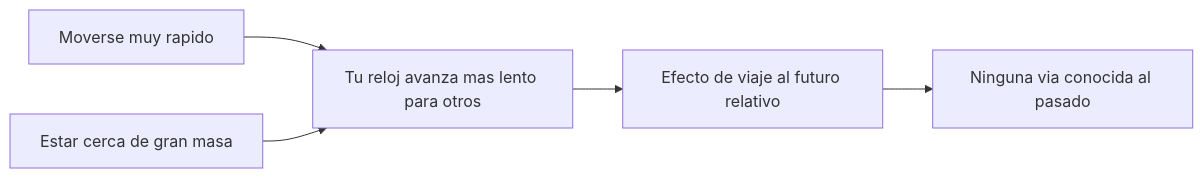
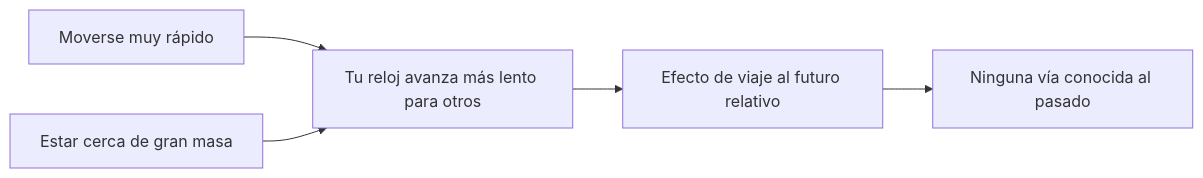
One commit to vladimiracunadev-create/machine-operator-program changed the third of 3 diagrams in vehiculos-fantasticos/delorean/operacion/sistemas-mecanicos-delorean.md. Above: the diagram before and after it, drawn with Mermaid. The commit also changed other lines of this file and 442 other files, not shown here.

````diff
--- a/vehiculos-fantasticos/delorean/operacion/sistemas-mecanicos-delorean.md
+++ b/vehiculos-fantasticos/delorean/operacion/sistemas-mecanicos-delorean.md
@@ -115,7 +115,7 @@
 ```mermaid
 flowchart LR
-    Rapido[Moverse muy rapido] --> Lento[Tu reloj avanza mas lento para otros]
+    Rapido[Moverse muy rápido] --> Lento[Tu reloj avanza más lento para otros]
     Gravedad[Estar cerca de gran masa] --> Lento
     Lento --> Futuro[Efecto de viaje al futuro relativo]
-    Futuro --> Barrera[Ninguna via conocida al pasado]
+    Futuro --> Barrera[Ninguna vía conocida al pasado]
 ```
````
